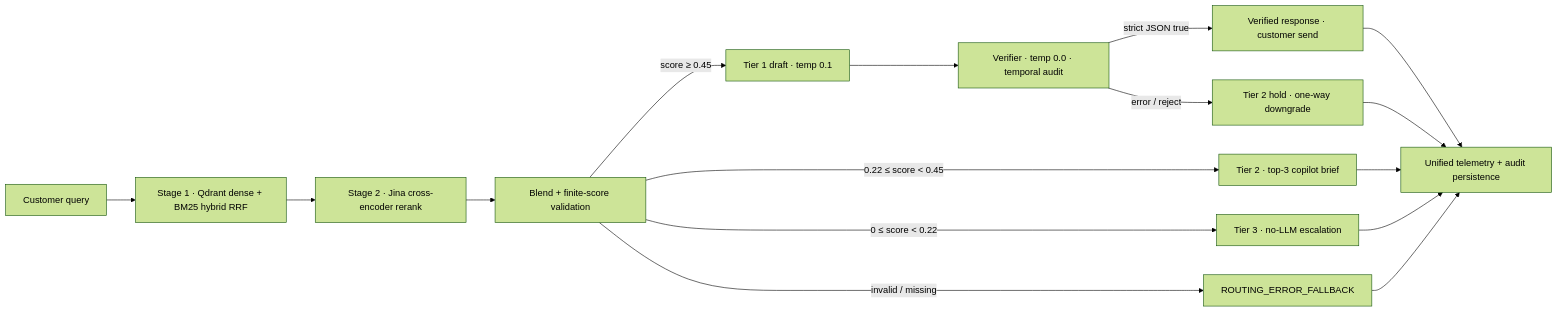
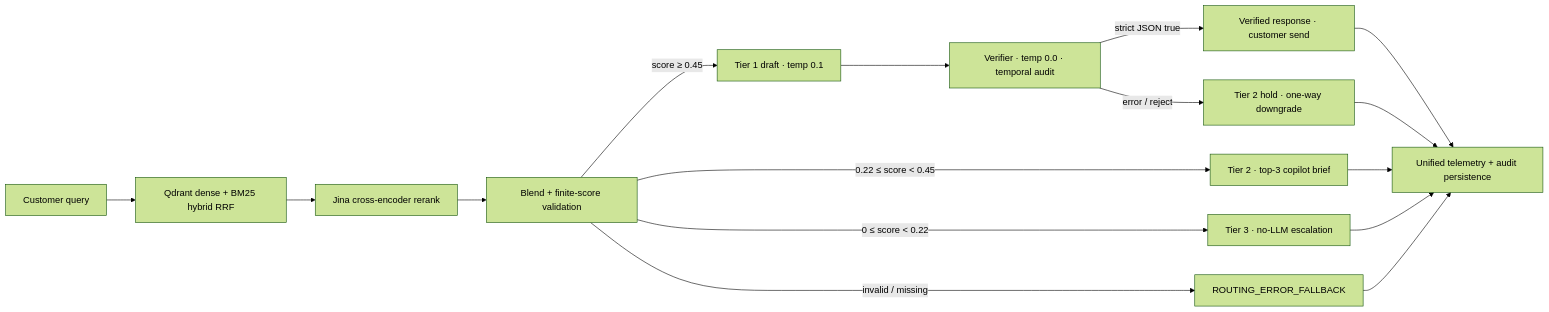
One commit to sahar6683/flying-higher-ai-lab changed the diagram in 07-veriroute-stage3-confidence-routing/README.md. Above: the diagram before and after it, drawn with Mermaid (forest theme). The commit also changed other lines of this file, not shown here.

````diff
--- a/07-veriroute-stage3-confidence-routing/README.md
+++ b/07-veriroute-stage3-confidence-routing/README.md
@@ -9,15 +24,15 @@
 ```mermaid
 flowchart LR
-  A[Customer query] --> B[Stage 1 · Qdrant dense + BM25 hybrid RRF]
-  B --> C[Stage 2 · Jina cross-encoder rerank]
+  A[Customer query] --> B[Qdrant dense + BM25 hybrid RRF]
+  B --> C[Jina cross-encoder rerank]
   C --> D[Blend + finite-score validation]
   D -->|score ≥ 0.45| E[Tier 1 draft · temp 0.1]
   E --> F[Verifier · temp 0.0 · temporal audit]
   F -->|strict JSON true| G[Verified response · customer send]
   F -->|error / reject| H[Tier 2 hold · one-way downgrade]
   D -->|0.22 ≤ score < 0.45| I[Tier 2 · top-3 copilot brief]
   D -->|0 ≤ score < 0.22| J[Tier 3 · no-LLM escalation]
   D -->|invalid / missing| K[ROUTING_ERROR_FALLBACK]
   G --> L[Unified telemetry + audit persistence]
   H --> L; I --> L; J --> L; K --> L
 ```
````
